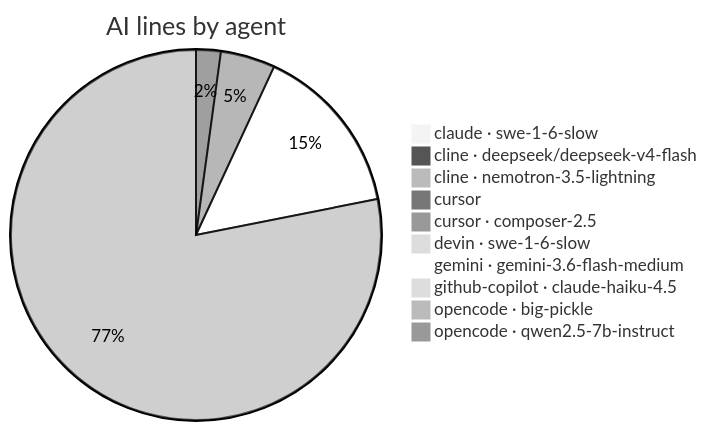
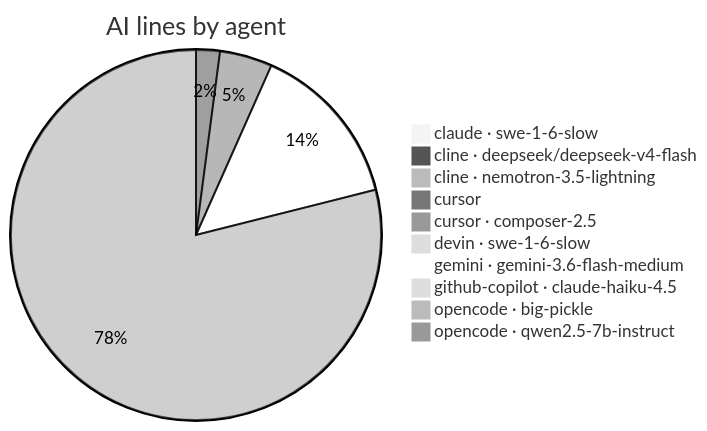
Before and after one commit to CaliMark/game-of-life: the second of 2 diagrams in AI-AUTHORSHIP.md, drawn with Mermaid (neutral theme). The commit also changed other lines of this file and 1 other file, not shown here.

````diff
--- a/AI-AUTHORSHIP.md
+++ b/AI-AUTHORSHIP.md
@@ -28,13 +28,13 @@
 ```mermaid
 pie title AI lines by agent
     "claude · swe-1-6-slow" : 1
     "cline · deepseek/deepseek-v4-flash" : 1
     "cline · nemotron-3.5-lightning" : 1
     "cursor" : 19
     "cursor · composer-2.5" : 42
     "devin · swe-1-6-slow" : 1
     "gemini · gemini-3.6-flash-medium" : 132
     "github-copilot · claude-haiku-4.5" : 7
-    "opencode · big-pickle" : 689
+    "opencode · big-pickle" : 723
     "opencode · qwen2.5-7b-instruct" : 3
 ```
````
